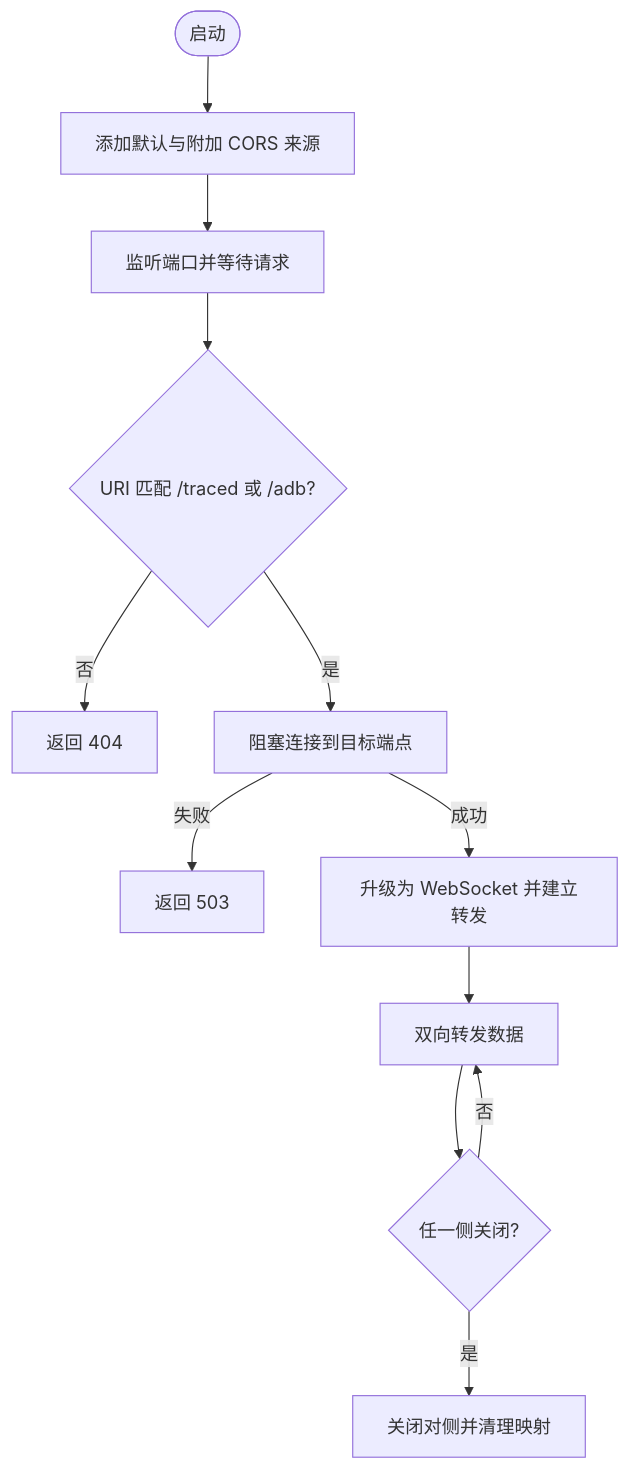
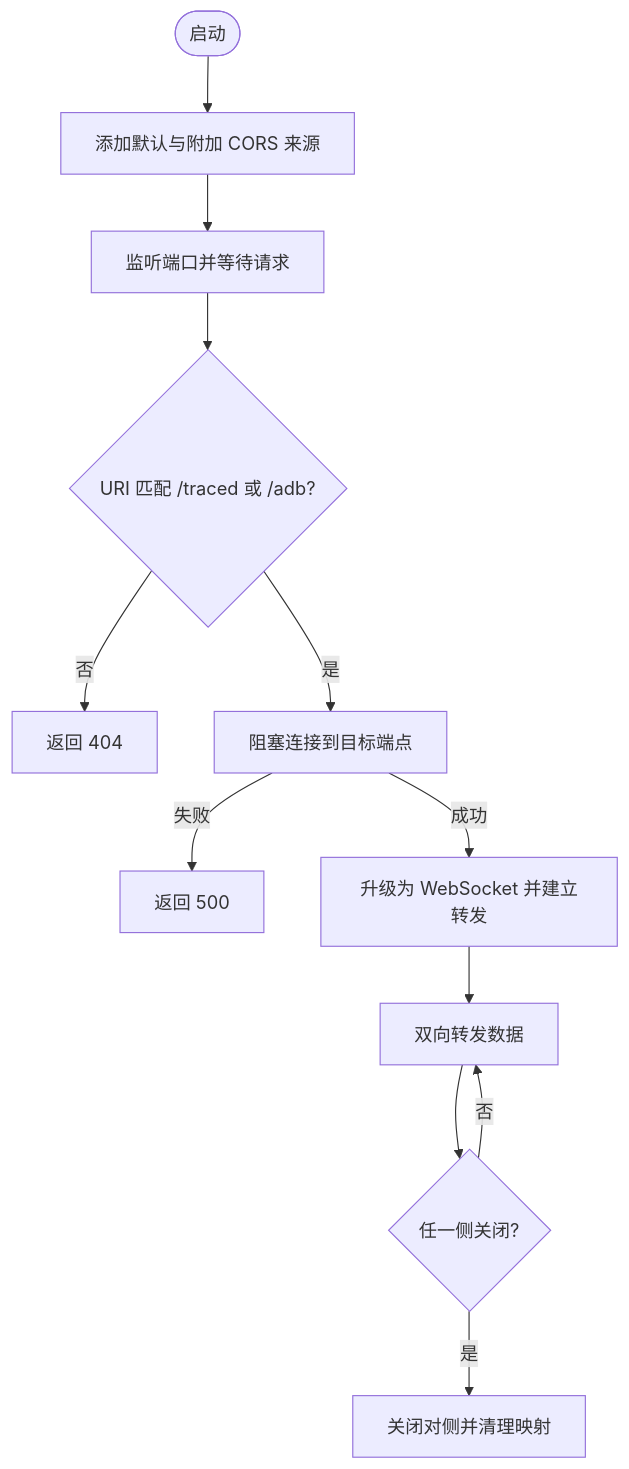
Before and after one commit to TracerQi/openperfetto: the third of 13 diagrams in .qoder/repowiki/zh/content/Web界面和可视化/后端通信和数据流.md, drawn with Mermaid. The commit also changed other lines of this file and 706 other files, not shown here.

````diff
--- a/.qoder/repowiki/zh/content/Web界面和可视化/后端通信和数据流.md
+++ b/.qoder/repowiki/zh/content/Web界面和可视化/后端通信和数据流.md
@@ -130,14 +176,14 @@
 ```mermaid
 flowchart TD
 Start(["启动"]) --> AddOrigins["添加默认与附加 CORS 来源"]
 AddOrigins --> Listen["监听端口并等待请求"]
 Listen --> Match{"URI 匹配 /traced 或 /adb?"}
 Match --> |否| NotFound["返回 404"]
 Match --> |是| Connect["阻塞连接到目标端点"]
-Connect --> |失败| SvcUnavail["返回 503"]
+Connect --> |失败| SvcUnavail["返回 500"]
 Connect --> |成功| Upgrade["升级为 WebSocket 并建立转发"]
 Upgrade --> Data["双向转发数据"]
 Data --> Close{"任一侧关闭?"}
 Close --> |是| Cleanup["关闭对侧并清理映射"]
 Close --> |否| Data
 ```
````
